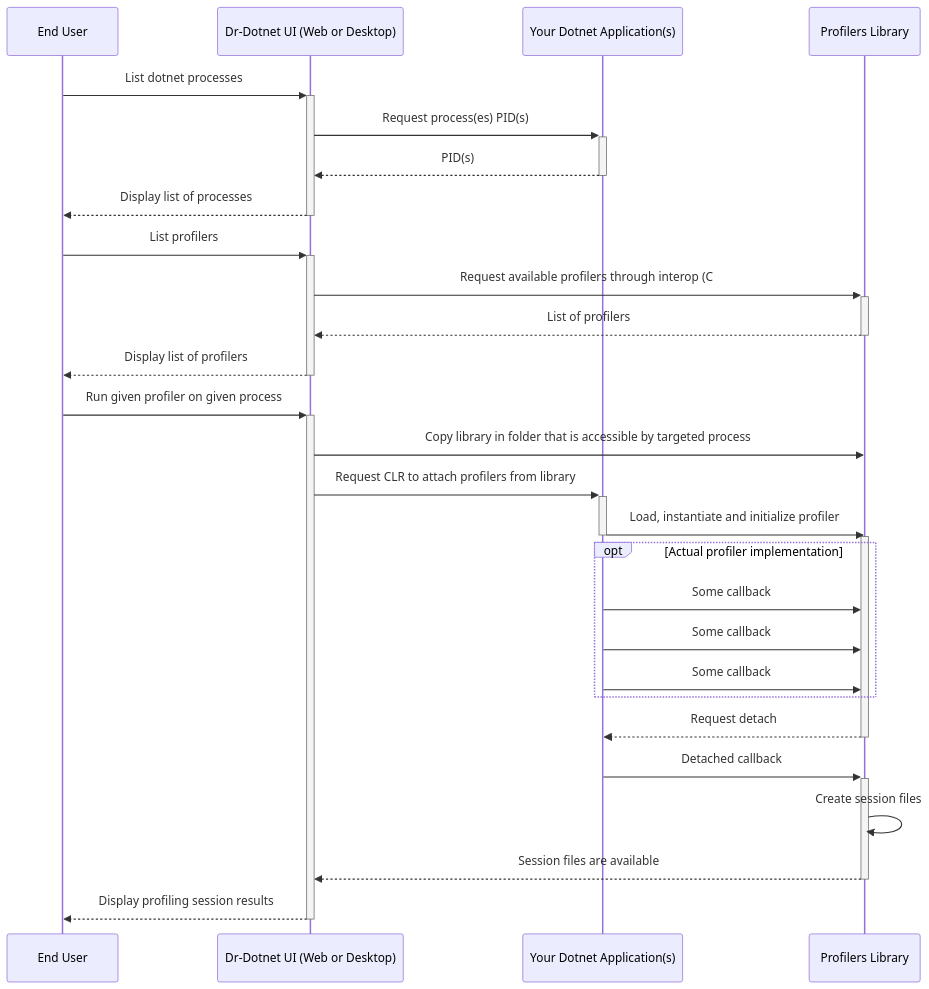
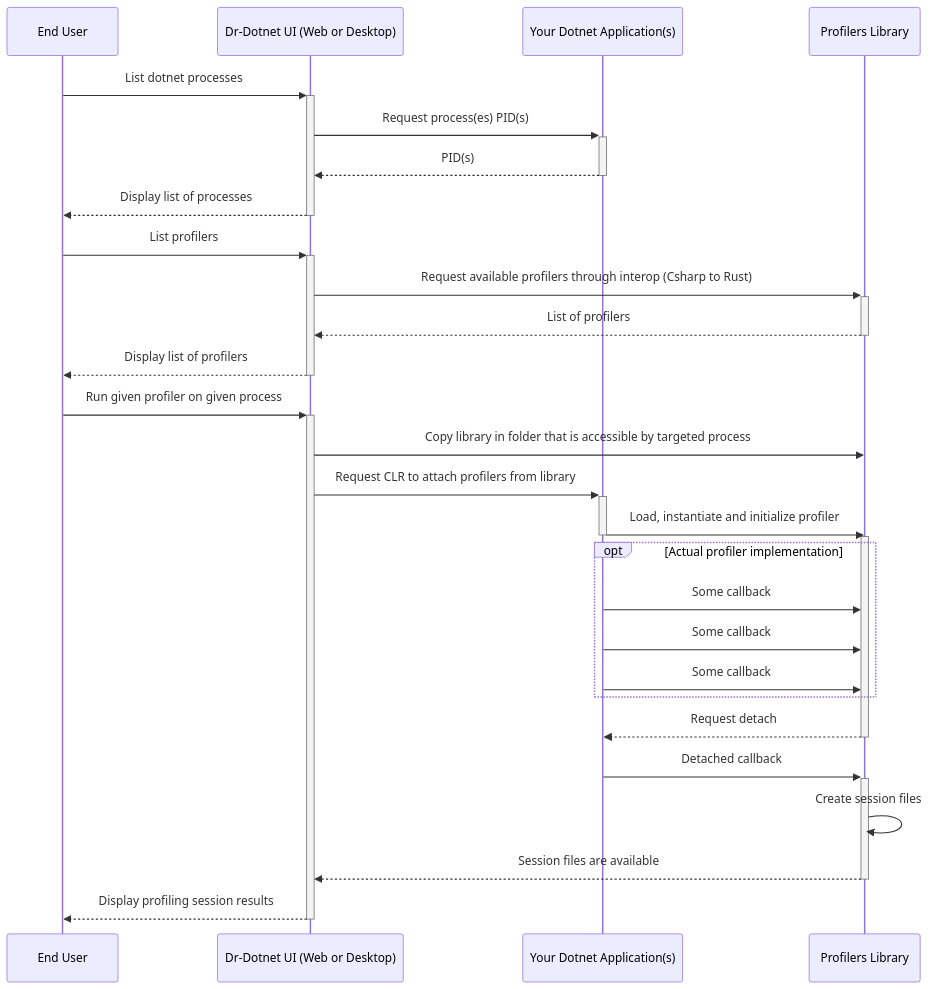
The diagram in ARCHITECTURE.md (dr-dotnet/dr-dotnet), drawn with Mermaid before and after one commit. The commit also changed other lines of this file and 1 other file, not shown here.

Commit message:
Add docs on C# / Rust interoperability

````diff
--- a/ARCHITECTURE.md
+++ b/ARCHITECTURE.md
@@ -11,34 +11,34 @@
 ```mermaid
 sequenceDiagram
 
 participant user as End User
 participant drdotnet as Dr-Dotnet UI (Web or Desktop)
 participant app as Your Dotnet Application(s)
 participant profilers as Profilers Library
 
 user->>+drdotnet: List dotnet processes
 drdotnet->>+app: Request process(es) PID(s)
 app-->>-drdotnet: PID(s)
 drdotnet-->>-user: Display list of processes
 
 user->>+drdotnet: List profilers
-drdotnet->>+profilers: Request available profilers through interop (C# / Rust)
+drdotnet->>+profilers: Request available profilers through interop (Csharp to Rust)
 profilers-->>-drdotnet: List of profilers
 drdotnet-->>-user: Display list of profilers
 
 user->>+drdotnet: Run given profiler on given process
 drdotnet->>profilers: Copy library in folder that is accessible by targeted process
 drdotnet->>+app: Request CLR to attach profilers from library
 app->>-profilers: Load, instantiate and initialize profiler
 activate profilers
 opt Actual profiler implementation
 app->>profilers: Some callback
 app->>profilers: Some callback
 app->>profilers: Some callback
 end
 profilers-->>-app: Request detach
 app->>+profilers: Detached callback
 profilers->>profilers: Create session files
 profilers-->>-drdotnet: Session files are available
 drdotnet-->>-user: Display profiling session results
 ```
````
